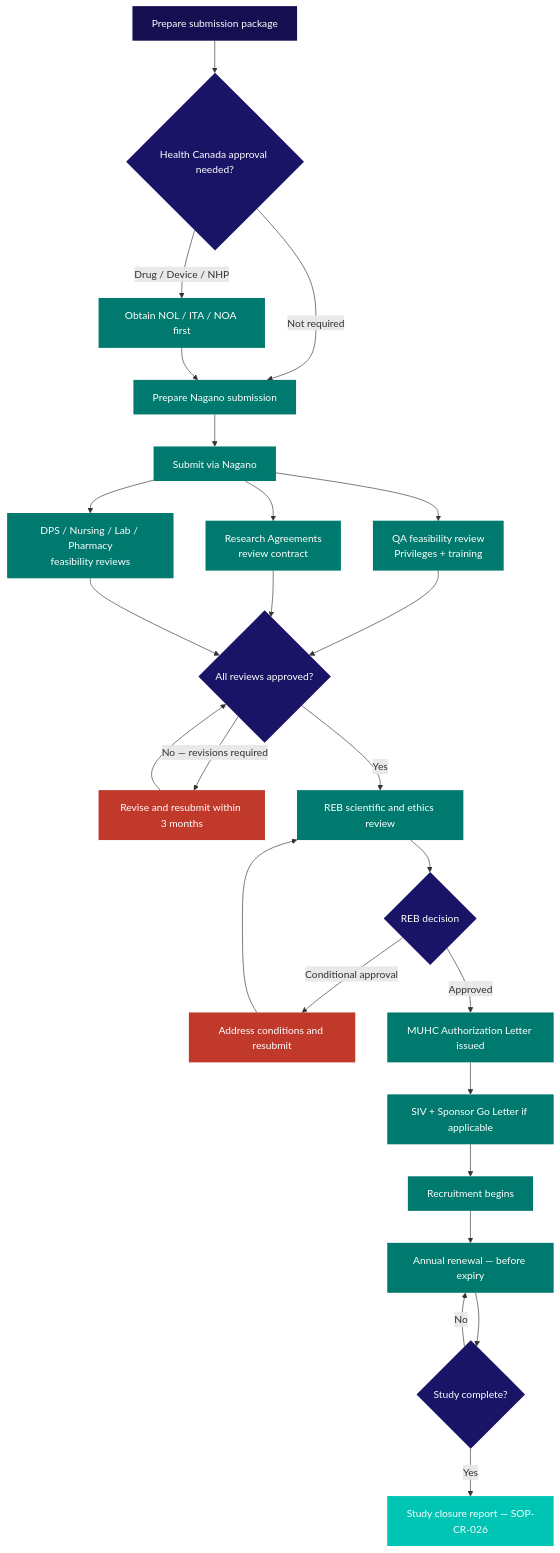
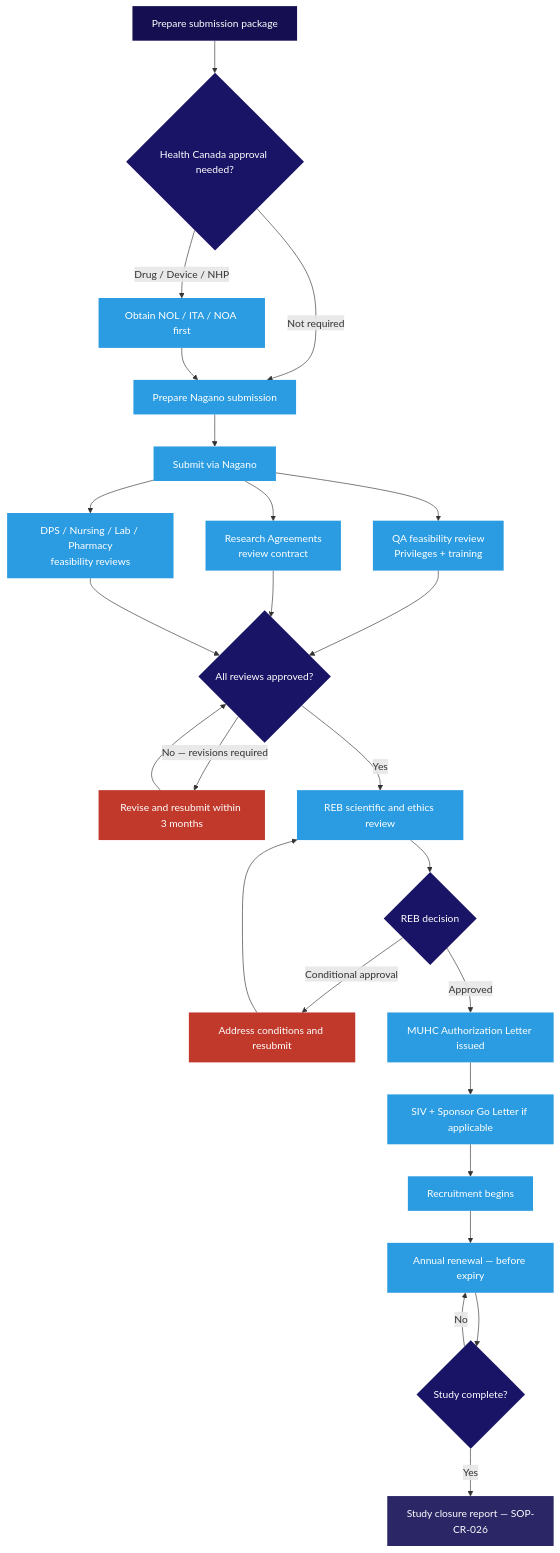
Before and after one commit to matthewfiorentino/docs: the diagram in sops/cr-007.mdx, drawn with Mermaid. The commit also changed 36 other files, not shown here.

````diff
--- a/sops/cr-007.mdx
+++ b/sops/cr-007.mdx
@@ -100,47 +100,47 @@
 ```mermaid
 flowchart TD
     A[Prepare submission package] --> B{Health Canada approval needed?}
     B -->|Drug / Device / NHP| C[Obtain NOL / ITA / NOA first]
     B -->|Not required| D[Prepare Nagano submission]
     C --> D
     D --> E[Submit via Nagano]
     E --> F[QA feasibility review\nPrivileges + training]
     E --> G[Research Agreements\nreview contract]
     E --> H[DPS / Nursing / Lab / Pharmacy\nfeasibility reviews]
     F --> I{All reviews approved?}
     G --> I
     H --> I
     I -->|No — revisions required| J[Revise and resubmit within 3 months]
     J --> I
     I -->|Yes| K[REB scientific and ethics review]
     K --> L{REB decision}
     L -->|Conditional approval| M[Address conditions and resubmit]
     M --> K
     L -->|Approved| N[MUHC Authorization Letter issued]
     N --> O[SIV + Sponsor Go Letter if applicable]
     O --> P[Recruitment begins]
     P --> Q[Annual renewal — before expiry]
     Q --> R{Study complete?}
     R -->|No| Q
     R -->|Yes| S[Study closure report — SOP-CR-026]
 
     style A fill:#150e51,color:#fff,stroke:none
     style B fill:#1a1466,color:#fff,stroke:none
-    style C fill:#007a6e,color:#fff,stroke:none
-    style D fill:#007a6e,color:#fff,stroke:none
-    style E fill:#007a6e,color:#fff,stroke:none
-    style F fill:#007a6e,color:#fff,stroke:none
-    style G fill:#007a6e,color:#fff,stroke:none
-    style H fill:#007a6e,color:#fff,stroke:none
+    style C fill:#2b9ce2,color:#fff,stroke:none
+    style D fill:#2b9ce2,color:#fff,stroke:none
+    style E fill:#2b9ce2,color:#fff,stroke:none
+    style F fill:#2b9ce2,color:#fff,stroke:none
+    style G fill:#2b9ce2,color:#fff,stroke:none
+    style H fill:#2b9ce2,color:#fff,stroke:none
     style I fill:#1a1466,color:#fff,stroke:none
     style J fill:#c0392b,color:#fff,stroke:none
-    style K fill:#007a6e,color:#fff,stroke:none
+    style K fill:#2b9ce2,color:#fff,stroke:none
     style L fill:#1a1466,color:#fff,stroke:none
     style M fill:#c0392b,color:#fff,stroke:none
-    style N fill:#007a6e,color:#fff,stroke:none
-    style O fill:#007a6e,color:#fff,stroke:none
-    style P fill:#007a6e,color:#fff,stroke:none
-    style Q fill:#007a6e,color:#fff,stroke:none
+    style N fill:#2b9ce2,color:#fff,stroke:none
+    style O fill:#2b9ce2,color:#fff,stroke:none
+    style P fill:#2b9ce2,color:#fff,stroke:none
+    style Q fill:#2b9ce2,color:#fff,stroke:none
     style R fill:#1a1466,color:#fff,stroke:none
-    style S fill:#00c4b4,color:#fff,stroke:none
+    style S fill:#2b2666,color:#fff,stroke:none
 ```
````
